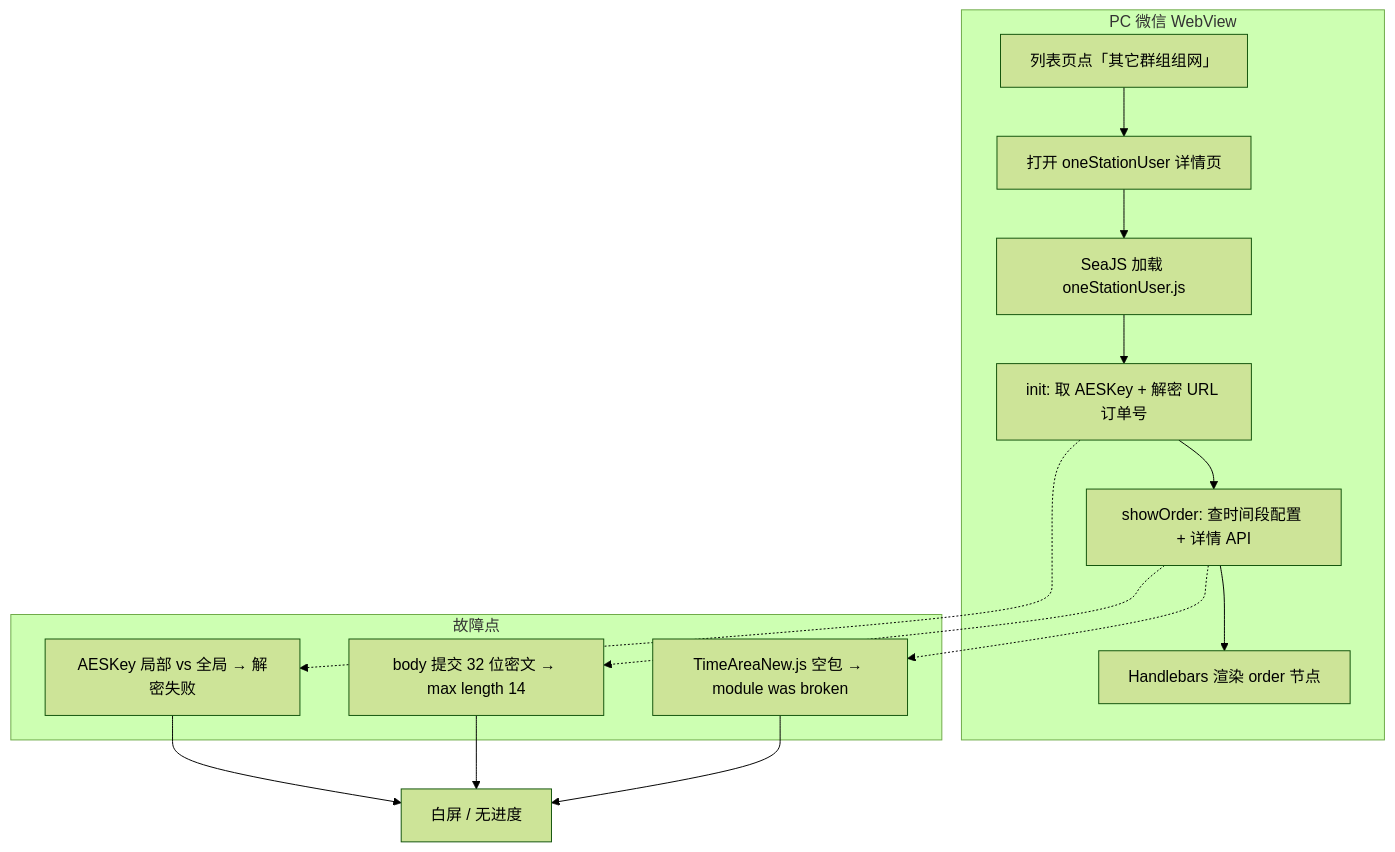
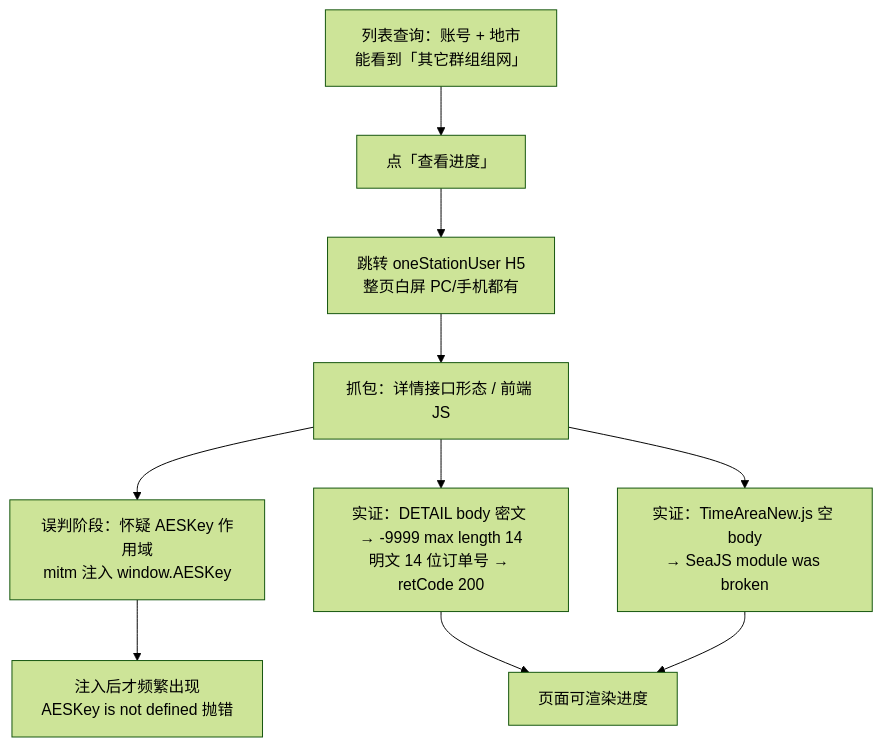
One commit to fjh1997/cat changed the first of 6 diagrams in content/posts/PC微信小程序浙江移动宽带订单详情白屏排查：AES作用域、订单号长度14与SeaJS空模块.md. Above: the diagram before and after it, drawn with Mermaid (forest theme). The commit also changed other lines of this file, not shown here.

````diff
--- a/content/posts/PC微信小程序浙江移动宽带订单详情白屏排查：AES作用域、订单号长度14与SeaJS空模块.md
+++ b/content/posts/PC微信小程序浙江移动宽带订单详情白屏排查：AES作用域、订单号长度14与SeaJS空模块.md
@@ -45,23 +44,12 @@
 ```mermaid
 flowchart TB
-  subgraph Client["PC 微信 WebView"]
-    A[列表页点「其它群组组网」] --> B[打开 oneStationUser 详情页]
-    B --> C[SeaJS 加载 oneStationUser.js]
-    C --> D[init: 取 AESKey + 解密 URL 订单号]
-    D --> E[showOrder: 查时间段配置 + 详情 API]
-    E --> F[Handlebars 渲染 order 节点]
-  end
-
-  subgraph Fail["故障点"]
-    F1[AESKey 局部 vs 全局 → 解密失败]
-    F2[body 提交 32 位密文 → max length 14]
-    F3[TimeAreaNew.js 空包 → module was broken]
-  end
-
-  D -.-> F1
-  E -.-> F2
-  E -.-> F3
-  F1 --> W[白屏 / 无进度]
-  F2 --> W
-  F3 --> W
+  A[列表查询：账号 + 地市<br/>能看到「其它群组组网」] --> B[点「查看进度」]
+  B --> C[跳转 oneStationUser H5<br/>整页白屏 PC/手机都有]
+  C --> D[抓包：详情接口形态 / 前端 JS]
+  D --> E1[误判阶段：怀疑 AESKey 作用域<br/>mitm 注入 window.AESKey]
+  E1 --> E2[注入后才频繁出现<br/>AESKey is not defined 抛错]
+  D --> F[实证：DETAIL body 密文 → -9999 max length 14<br/>明文 14 位订单号 → retCode 200]
+  D --> G[实证：TimeAreaNew.js 空 body<br/>→ SeaJS module was broken]
+  F --> H[页面可渲染进度]
+  G --> H
 ```
````
